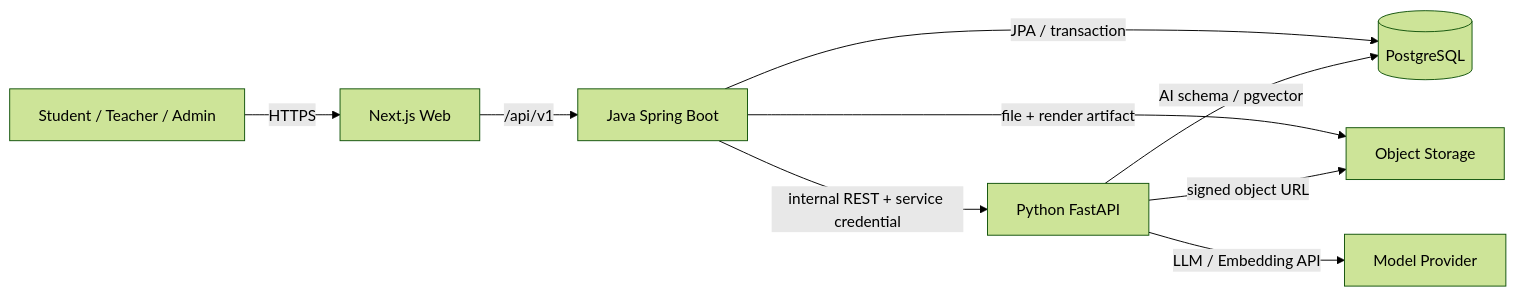
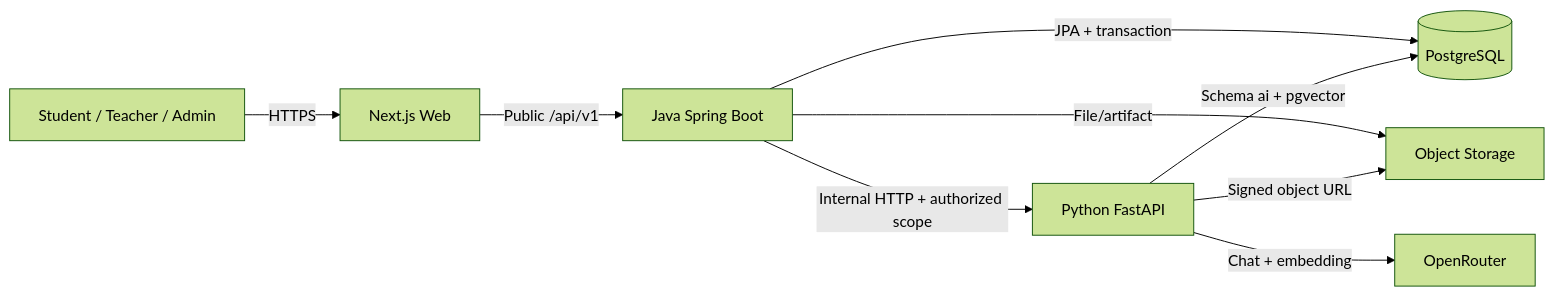
Before and after one commit to bch7504/DATN: the diagram in docs/architecture.md, drawn with Mermaid (forest theme). The commit also changed other lines of this file and 44 other files, not shown here.

````diff
--- a/docs/architecture.md
+++ b/docs/architecture.md
@@ -42,13 +34,11 @@
 ```mermaid
 flowchart LR
     U[Student / Teacher / Admin] -->|HTTPS| W[Next.js Web]
-    W -->|/api/v1| J[Java Spring Boot]
-
-    J -->|JPA / transaction| P[(PostgreSQL)]
-    J -->|file + render artifact| O[Object Storage]
-    J -->|internal REST + service credential| A[Python FastAPI]
-
-    A -->|AI schema / pgvector| P
-    A -->|signed object URL| O
-    A -->|LLM / Embedding API| M[Model Provider]
+    W -->|Public /api/v1| J[Java Spring Boot]
+    J -->|JPA + transaction| P[(PostgreSQL)]
+    J -->|File/artifact| O[Object Storage]
+    J -->|Internal HTTP + authorized scope| A[Python FastAPI]
+    A -->|Schema ai + pgvector| P
+    A -->|Signed object URL| O
+    A -->|Chat + embedding| M[OpenRouter]
 ```
````
